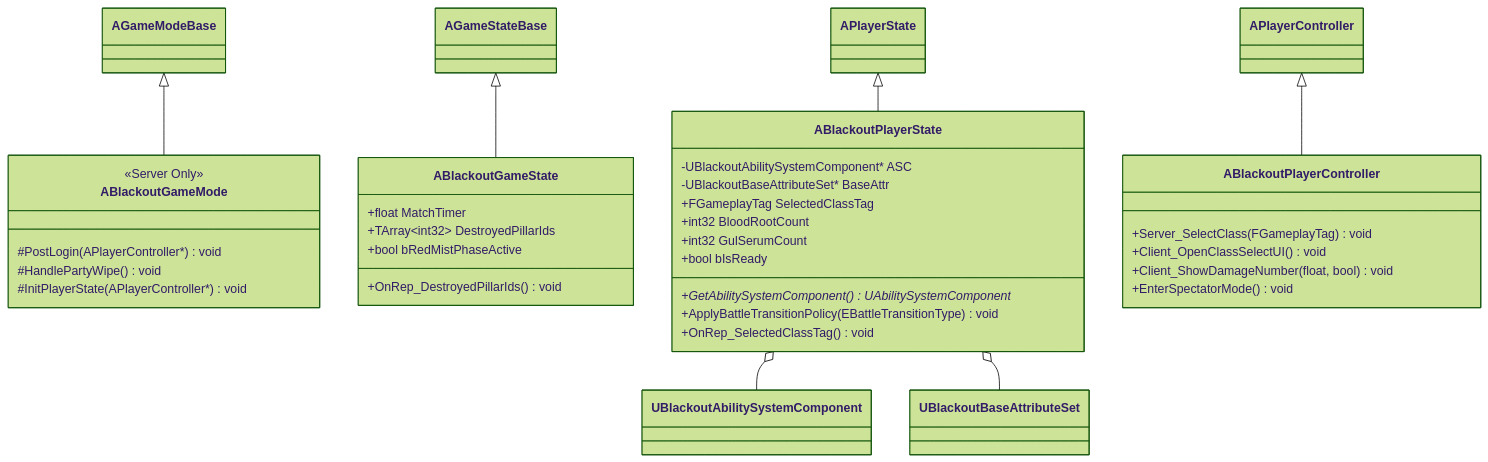
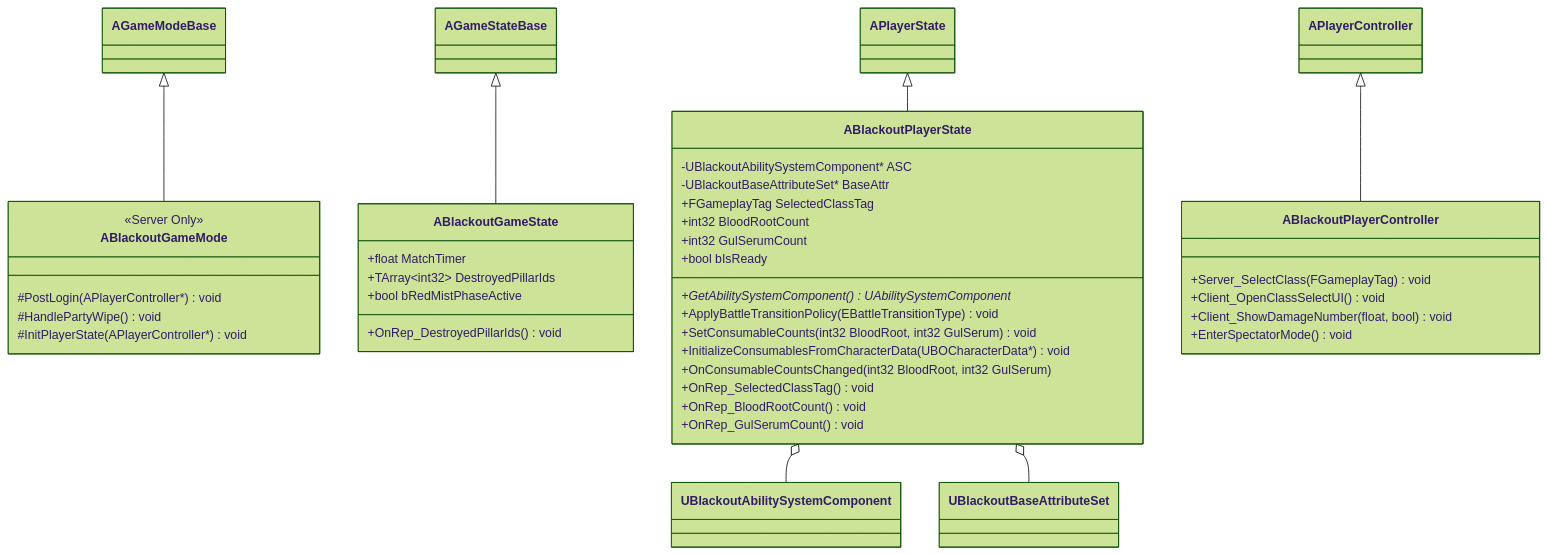
The diagram in Docs/Foundation/01_Framework_Core.md (seongwon1579/ProjectBlackout), drawn with Mermaid (forest theme) before and after one commit. The commit also changed other lines of this file and 4 other files, not shown here.

````diff
--- a/Docs/Foundation/01_Framework_Core.md
+++ b/Docs/Foundation/01_Framework_Core.md
@@ -5,45 +5,50 @@
 ```mermaid
 classDiagram
     direction TB
 
     AGameModeBase <|-- ABlackoutGameMode
     AGameStateBase <|-- ABlackoutGameState
     APlayerState   <|-- ABlackoutPlayerState
     APlayerController <|-- ABlackoutPlayerController
 
     class ABlackoutGameMode {
         <<Server Only>>
         #PostLogin(APlayerController*) void
         #HandlePartyWipe() void
         #InitPlayerState(APlayerController*) void
     }
 
     class ABlackoutGameState {
         +float MatchTimer
         +TArray~int32~ DestroyedPillarIds
         +bool bRedMistPhaseActive
         +OnRep_DestroyedPillarIds() void
     }
 
     class ABlackoutPlayerState {
         -UBlackoutAbilitySystemComponent* ASC
         -UBlackoutBaseAttributeSet* BaseAttr
         +FGameplayTag SelectedClassTag
         +int32 BloodRootCount
         +int32 GulSerumCount
         +bool bIsReady
         +GetAbilitySystemComponent() UAbilitySystemComponent*
         +ApplyBattleTransitionPolicy(EBattleTransitionType) void
+        +SetConsumableCounts(int32 BloodRoot, int32 GulSerum) void
+        +InitializeConsumablesFromCharacterData(UBOCharacterData*) void
+        +OnConsumableCountsChanged(int32 BloodRoot, int32 GulSerum)
         +OnRep_SelectedClassTag() void
+        +OnRep_BloodRootCount() void
+        +OnRep_GulSerumCount() void
     }
 
     class ABlackoutPlayerController {
         +Server_SelectClass(FGameplayTag) void
         +Client_OpenClassSelectUI() void
         +Client_ShowDamageNumber(float, bool) void
         +EnterSpectatorMode() void
     }
 
     ABlackoutPlayerState o-- UBlackoutAbilitySystemComponent
     ABlackoutPlayerState o-- UBlackoutBaseAttributeSet
 ```
````
